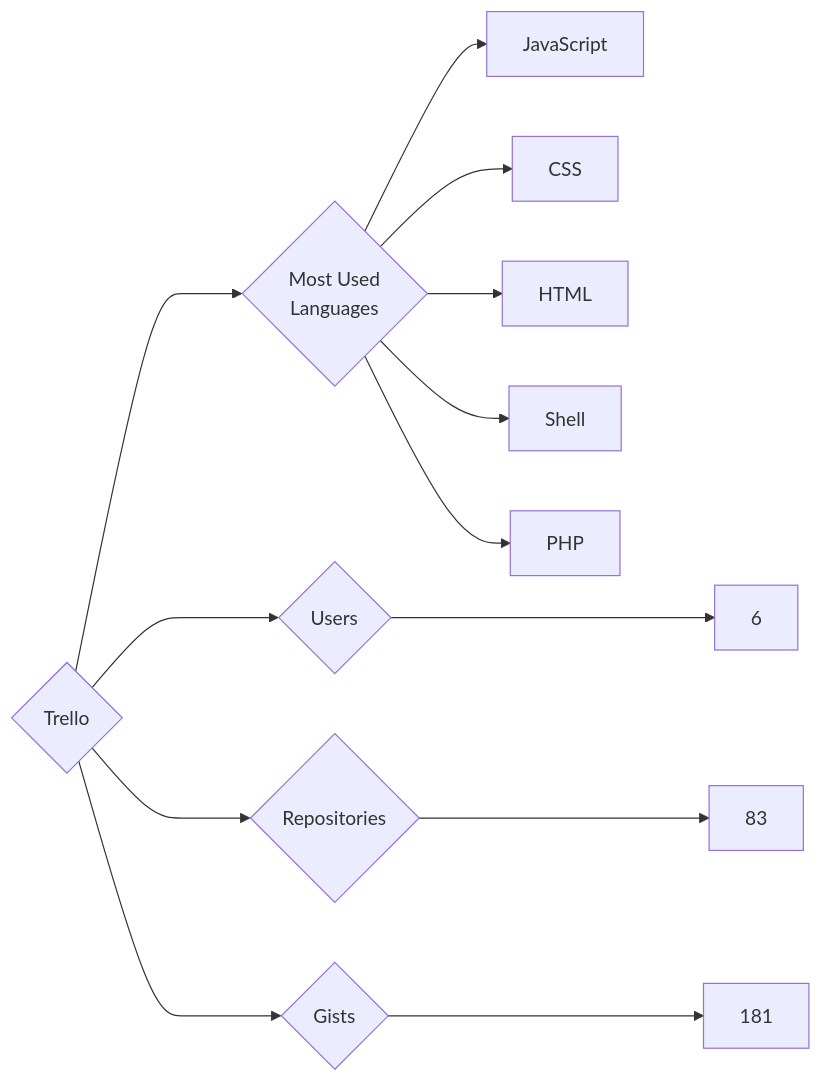
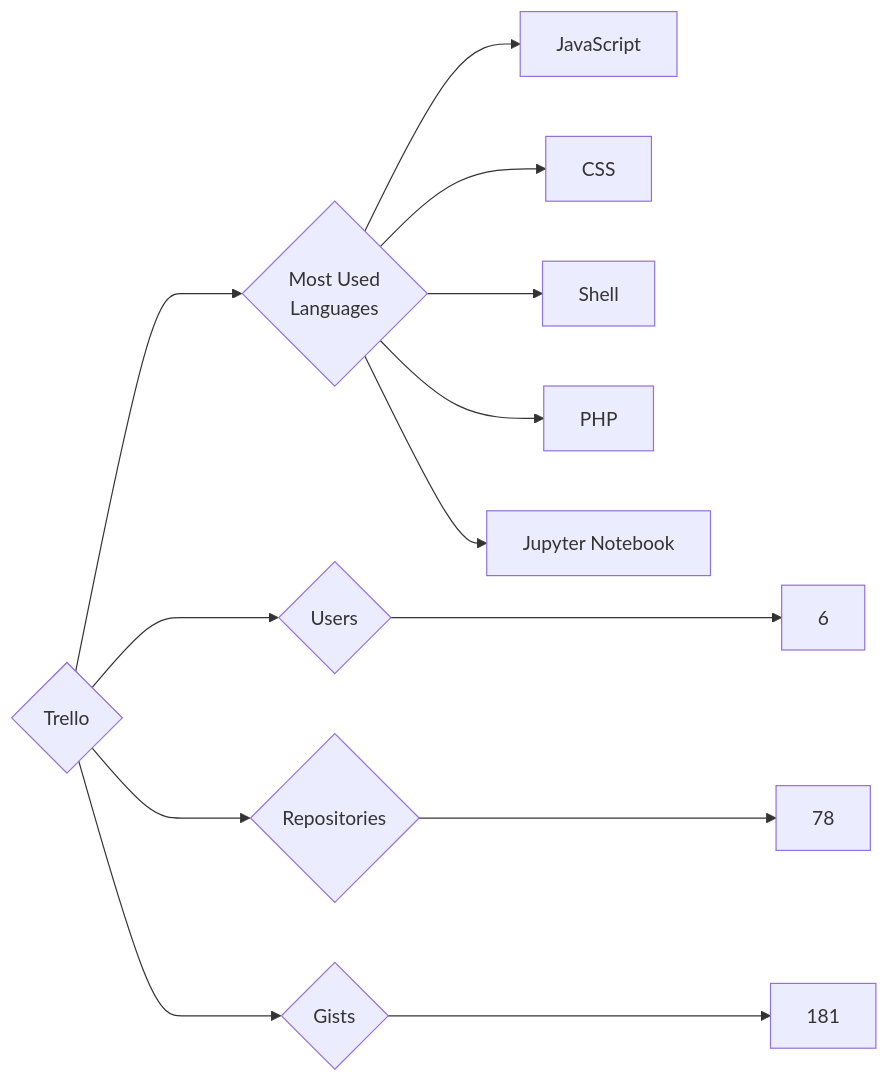
The diagram in targets/Trello/README.md (trickest/insiders), drawn with Mermaid before and after one commit. The commit also changed 770 other files, not shown here.

````diff
--- a/targets/Trello/README.md
+++ b/targets/Trello/README.md
@@ -3,13 +3,13 @@
 ```mermaid
 graph LR
 COMPANY_NAME{Trello}
 COMPANY_NAME ---> U{Users} ---> UN[6]
-COMPANY_NAME ---> R{Repositories} ---> RN[83]
+COMPANY_NAME ---> R{Repositories} ---> RN[78]
 COMPANY_NAME ---> G{Gists} ---> GN[181]
 COMPANY_NAME ---> ML{Most Used<br>Languages}
 ML --> JavaScript[JavaScript]
 ML --> CSS[CSS]
-ML --> HTML[HTML]
 ML --> Shell[Shell]
 ML --> PHP[PHP]
+ML --> Jupyter_Notebook[Jupyter Notebook]
 ```
````
